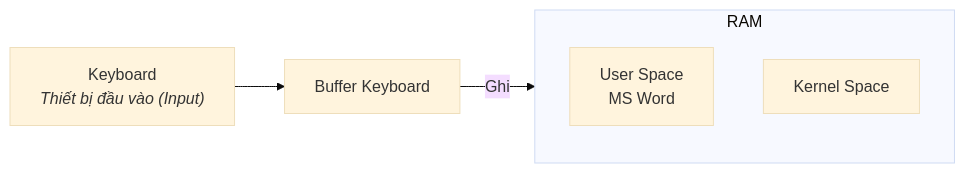
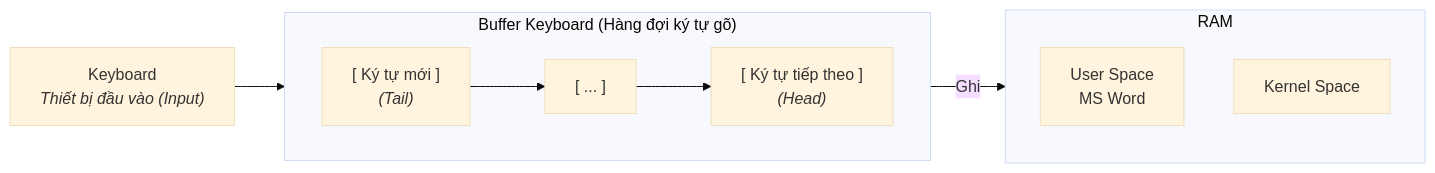
One commit to Duc-Lee/LLMserving_GPUoptimization changed the ninth of 10 diagrams in OperatingSystem/OS_scratch/Concepts_OS/Intro_OS/Lession4.md. Above: the diagram before and after it, drawn with Mermaid (base theme). The commit also changed other lines of this file and 1 other file, not shown here.

````diff
--- a/OperatingSystem/OS_scratch/Concepts_OS/Intro_OS/Lession4.md
+++ b/OperatingSystem/OS_scratch/Concepts_OS/Intro_OS/Lession4.md
@@ -189,11 +207,18 @@
 ```mermaid
 flowchart LR
-    KB["Keyboard<br/><i>Thiết bị đầu vào (Input)</i>"] --> KB_BUF["Buffer Keyboard"]
-    KB_BUF -->|"Ghi"| US
+    KB["Keyboard<br/><i>Thiết bị đầu vào (Input)</i>"]
+
+    subgraph KB_BUF ["Buffer Keyboard (Hàng đợi ký tự gõ)"]
+        direction LR
+        K_IN["[ Ký tự mới ]<br/><i>(Tail)</i>"] --> K_MID["[ ... ]"] --> K_OUT["[ Ký tự tiếp theo ]<br/><i>(Head)</i>"]
+    end
+
+    KB --> K_IN
+    K_OUT -->|"Ghi"| US
 
     subgraph RAM ["RAM"]
         direction TB
         KS["Kernel Space"]
         US["User Space<br/>MS Word"]
     end
 ```
````
